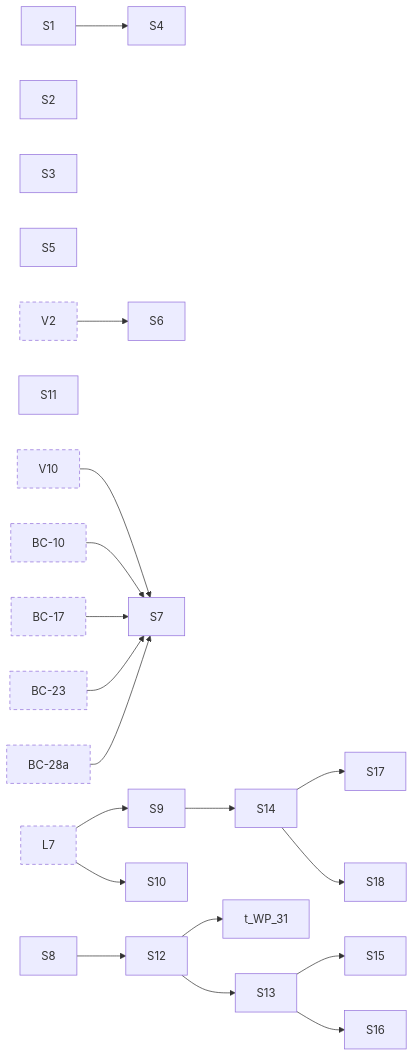
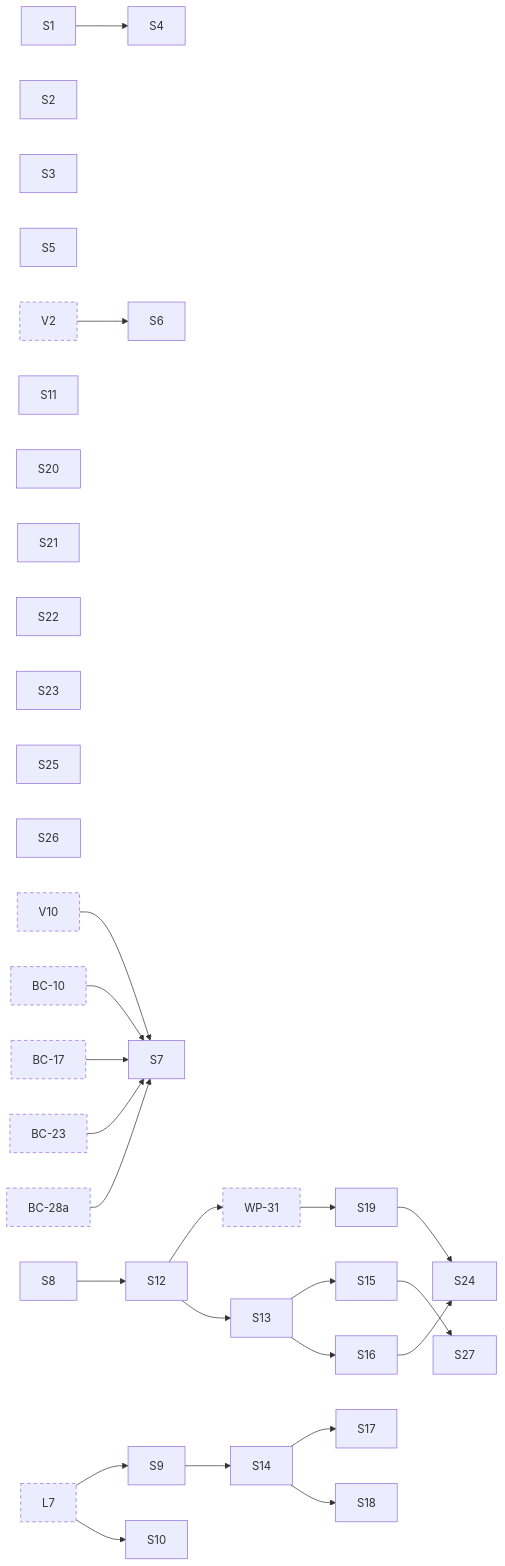
One commit to jhoblitt/rgw-go changed the second of 11 diagrams in docs/superpowers/plans/2026-10-13-phase-2/dependencies.md. Above: the diagram before and after it, drawn with Mermaid. The commit also changed other lines of this file and 5 other files, not shown here.

````diff
--- a/docs/superpowers/plans/2026-10-13-phase-2/dependencies.md
+++ b/docs/superpowers/plans/2026-10-13-phase-2/dependencies.md
@@ -72,6 +72,15 @@
   t_S16["S16"]
   t_S17["S17"]
   t_S18["S18"]
+  t_S19["S19"]
+  t_S20["S20"]
+  t_S21["S21"]
+  t_S22["S22"]
+  t_S23["S23"]
+  t_S24["S24"]
+  t_S25["S25"]
+  t_S26["S26"]
+  t_S27["S27"]
   t_V2["V2"]:::ext
   t_V10["V10"]:::ext
   t_BC_10["BC-10"]:::ext
@@ -79,6 +88,7 @@
   t_BC_23["BC-23"]:::ext
   t_BC_28a["BC-28a"]:::ext
   t_L7["L7"]:::ext
+  t_WP_31["WP-31"]:::ext
   t_S1 --> t_S4
   t_V2 --> t_S6
   t_V10 --> t_S7
@@ -96,6 +106,10 @@
   t_S13 --> t_S16
   t_S14 --> t_S17
   t_S14 --> t_S18
+  t_WP_31 --> t_S19
+  t_S16 --> t_S24
+  t_S19 --> t_S24
+  t_S15 --> t_S27
   click t_S1 href "https://github.com/jhoblitt/rgw-go/blob/main/docs/superpowers/plans/2026-10-13-phase-2/00-index.md#task-s1-fakeradoss-rgw-class-as-method-tables" "S1: fakerados's rgw class as method tables"
   click t_S2 href "https://github.com/jhoblitt/rgw-go/blob/main/docs/superpowers/plans/2026-10-13-phase-2/00-index.md#task-s2-route-sets-per-feature-and-the-env-slots" "S2: route sets per feature and the Env slots"
   click t_S3 href "https://github.com/jhoblitt/rgw-go/blob/main/docs/superpowers/plans/2026-10-13-phase-2/00-index.md#task-s3-one-aws-correct-ispublic" "S3: one AWS-correct IsPublic"
@@ -114,6 +128,15 @@
   click t_S16 href "https://github.com/jhoblitt/rgw-go/blob/main/docs/superpowers/plans/2026-10-13-phase-2/00-index.md#task-s16-a-denys-typed-operator-over-a-repeated-tag-key" "S16: a Deny's typed operator over a repeated tag key"
   click t_S17 href "https://github.com/jhoblitt/rgw-go/blob/main/docs/superpowers/plans/2026-10-13-phase-2/00-index.md#task-s17-a-deny-reads-s3signatureage-s3tlsversion-and-s3locationconstraint" "S17: a Deny reads s3:signatureAge, s3:TlsVersion and s3:LocationConstraint"
   click t_S18 href "https://github.com/jhoblitt/rgw-go/blob/main/docs/superpowers/plans/2026-10-13-phase-2/00-index.md#task-s18-a-date-deny-reads-every-w3c-time-form" "S18: a Date Deny reads every W3C time form"
+  click t_S19 href "https://github.com/jhoblitt/rgw-go/blob/main/docs/superpowers/plans/2026-10-13-phase-2/00-index.md#task-s19-a-writes-s3putobjecttagging-check-carries-its-tags-whatever-its-query-holds" "S19: a write's s3:PutObjectTagging check carries its tags whatever its query holds"
+  click t_S20 href "https://github.com/jhoblitt/rgw-go/blob/main/docs/superpowers/plans/2026-10-13-phase-2/00-index.md#task-s20-deleteobjects-judges-each-key-with-the-keys-tags" "S20: DeleteObjects judges each key with the key's tags"
+  click t_S21 href "https://github.com/jhoblitt/rgw-go/blob/main/docs/superpowers/plans/2026-10-13-phase-2/00-index.md#task-s21-a-request-reads-its-buckets-policy-once" "S21: a request reads its bucket's policy once"
+  click t_S22 href "https://github.com/jhoblitt/rgw-go/blob/main/docs/superpowers/plans/2026-10-13-phase-2/00-index.md#task-s22-a-policy-parse-costs-time-linear-in-its-document" "S22: a policy parse costs time linear in its document"
+  click t_S23 href "https://github.com/jhoblitt/rgw-go/blob/main/docs/superpowers/plans/2026-10-13-phase-2/00-index.md#task-s23-a-deny-reads-awssourceip-as-an-address" "S23: a Deny reads aws:SourceIp as an address"
+  click t_S24 href "https://github.com/jhoblitt/rgw-go/blob/main/docs/superpowers/plans/2026-10-13-phase-2/00-index.md#task-s24-putobjecttaggings-check-carries-the-tags-its-body-sets" "S24: PutObjectTagging's check carries the tags its body sets"
+  click t_S25 href "https://github.com/jhoblitt/rgw-go/blob/main/docs/superpowers/plans/2026-10-13-phase-2/00-index.md#task-s25-a-statement-matches-an-arns-account-by-the-comparison-that-grants-less" "S25: a statement matches an ARN's account by the comparison that grants less"
+  click t_S26 href "https://github.com/jhoblitt/rgw-go/blob/main/docs/superpowers/plans/2026-10-13-phase-2/00-index.md#task-s26-a-deny-reads-s3x-amz-copy-source-in-the-form-the-copy-reads-its-source-by" "S26: a Deny reads s3:x-amz-copy-source in the form the copy reads its source by"
+  click t_S27 href "https://github.com/jhoblitt/rgw-go/blob/main/docs/superpowers/plans/2026-10-13-phase-2/00-index.md#task-s27-uploadpart-and-uploadpartcopy-take-no-acl-header" "S27: UploadPart and UploadPartCopy take no ACL header"
   click t_V2 href "https://github.com/jhoblitt/rgw-go/blob/main/docs/superpowers/plans/2026-10-13-phase-2/V-versioning.md#task-v2-meta-olh-head-types-and-bucket-helpers" "V2: meta OLH head types and bucket helpers"
   click t_V10 href "https://github.com/jhoblitt/rgw-go/blob/main/docs/superpowers/plans/2026-10-13-phase-2/V-versioning.md#task-v10-op-and-s3-putbucketversioning-and-getbucketversioning" "V10: op and s3, PutBucketVersioning and GetBucketVersioning"
   click t_BC_10 href "https://github.com/jhoblitt/rgw-go/blob/main/docs/superpowers/plans/2026-10-13-phase-2/B-bucket-config.md#task-bc-10-website-semantics-and-xml" "BC-10: Website semantics and XML"
@@ -121,5 +144,6 @@
   click t_BC_23 href "https://github.com/jhoblitt/rgw-go/blob/main/docs/superpowers/plans/2026-10-13-phase-2/B-bucket-config.md#task-bc-23-encryption-configuration-type" "BC-23: Encryption configuration type"
   click t_BC_28a href "https://github.com/jhoblitt/rgw-go/blob/main/docs/superpowers/plans/2026-10-13-phase-2/B-bucket-config.md#task-bc-28a-ownership-type" "BC-28a: Ownership type"
   click t_L7 href "https://github.com/jhoblitt/rgw-go/blob/main/docs/superpowers/plans/2026-10-13-phase-2/L-object-lock.md#task-l7-a-policys-object-lock-condition-keys-constrain-the-lock-a-request-sets" "L7: a policy's object-lock condition keys constrain the lock a request sets"
+  click t_WP_31 href "https://github.com/jhoblitt/rgw-go/blob/main/docs/superpowers/plans/2026-10-13-phase-2/WP-write-path.md#task-wp-31-copyobject-honours-x-amz-tagging-directive" "WP-31: CopyObject honours x-amz-tagging-directive"
   classDef ext stroke-dasharray: 5 4
 ```
````
